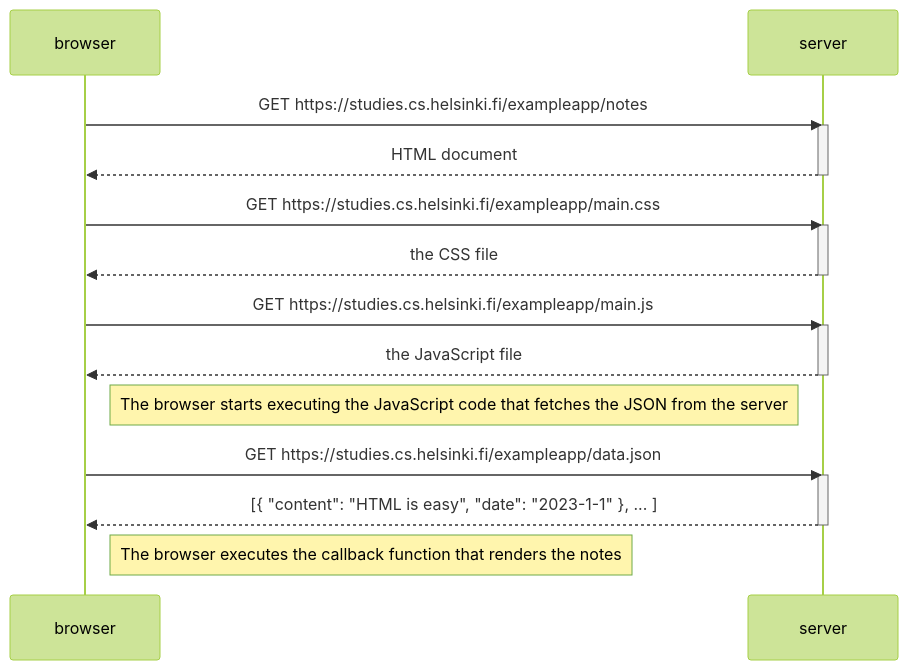
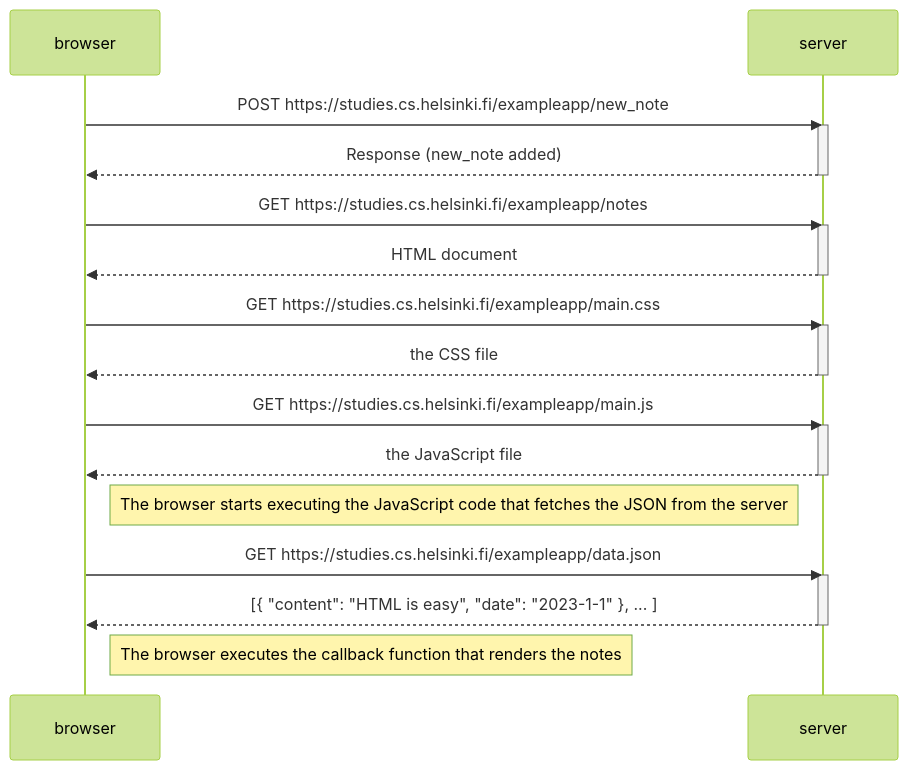
Before and after one commit to nkanagno/my-submissions: the diagram in part0/0.4.New_note_diagram/New_note_diagram.md, drawn with Mermaid (forest theme).

Commit message:
add part0

````diff
--- a/part0/0.4.New_note_diagram/New_note_diagram.md
+++ b/part0/0.4.New_note_diagram/New_note_diagram.md
@@ -1,29 +1,34 @@
 ```mermaid
 sequenceDiagram
     participant browser
     participant server
+
+    browser->>server: POST https://studies.cs.helsinki.fi/exampleapp/new_note
+    activate server
+    server-->>browser: Response (new_note added)
+    deactivate server
 
     browser->>server: GET https://studies.cs.helsinki.fi/exampleapp/notes
     activate server
     server-->>browser: HTML document
     deactivate server
 
     browser->>server: GET https://studies.cs.helsinki.fi/exampleapp/main.css
     activate server
     server-->>browser: the CSS file
     deactivate server
 
     browser->>server: GET https://studies.cs.helsinki.fi/exampleapp/main.js
     activate server
     server-->>browser: the JavaScript file
     deactivate server
 
     Note right of browser: The browser starts executing the JavaScript code that fetches the JSON from the server
 
     browser->>server: GET https://studies.cs.helsinki.fi/exampleapp/data.json
     activate server
     server-->>browser: [{ "content": "HTML is easy", "date": "2023-1-1" }, ... ]
     deactivate server
 
     Note right of browser: The browser executes the callback function that renders the notes
 ```
````
